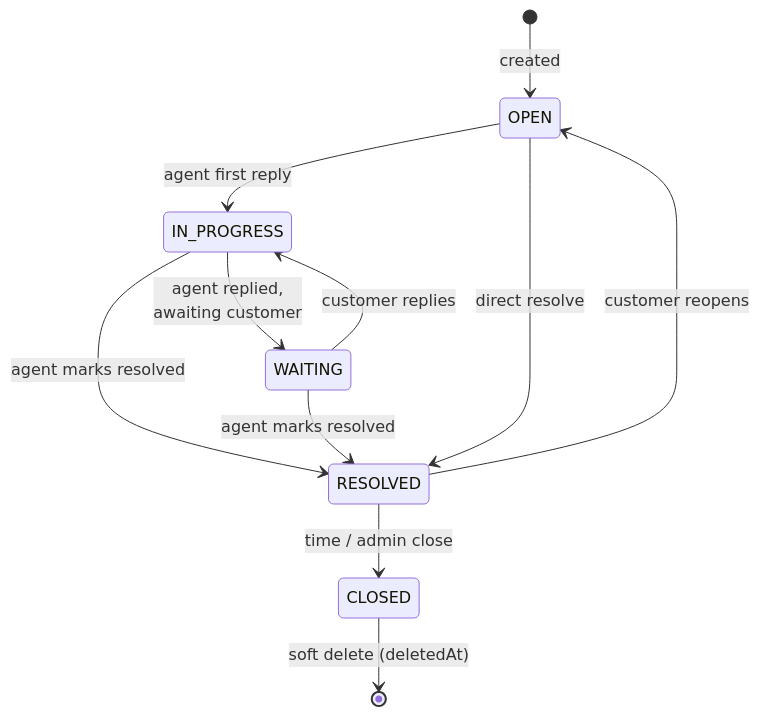
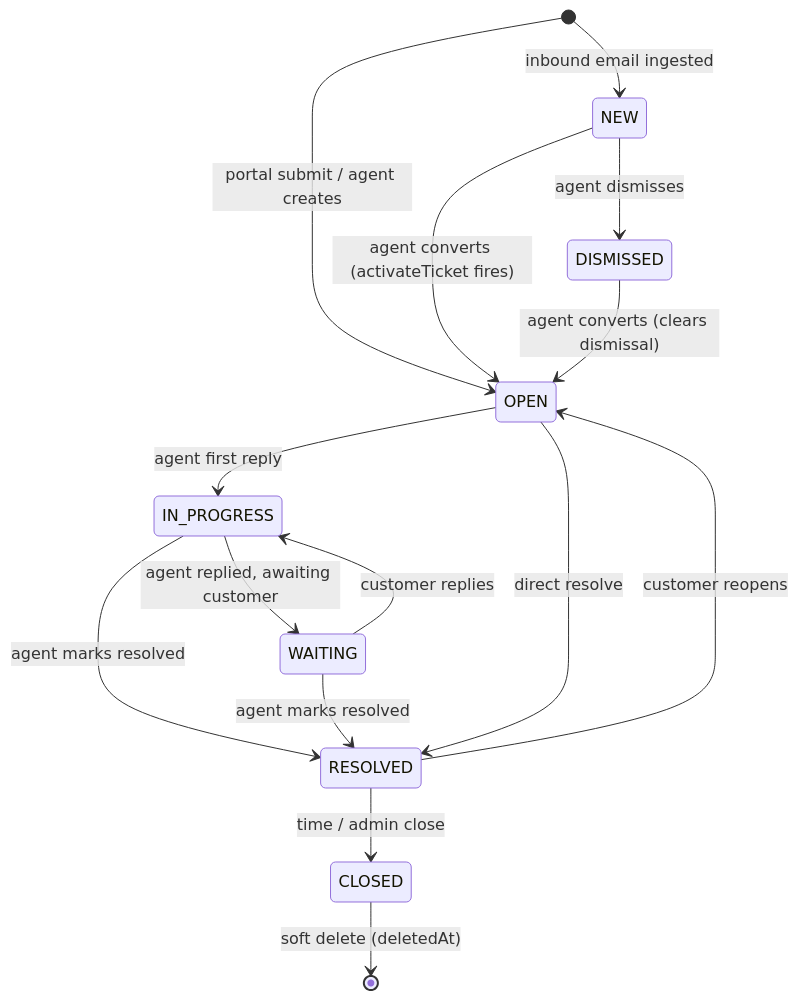
One commit to Vignesh-Siva96/tmr_athena changed the first of 2 diagrams in docs/atlas/tickets.md. Above: the diagram before and after it, drawn with Mermaid. The commit also changed other lines of this file and 164 other files, not shown here.

````diff
--- a/docs/atlas/tickets.md
+++ b/docs/atlas/tickets.md
@@ -26,13 +26,17 @@
 ```mermaid
 stateDiagram-v2
-  [*] --> OPEN: created
+  [*] --> NEW: inbound email ingested
+  [*] --> OPEN: portal submit / agent creates
+  NEW --> OPEN: agent converts (activateTicket fires)
+  NEW --> DISMISSED: agent dismisses
+  DISMISSED --> OPEN: agent converts (clears dismissal)
   OPEN --> IN_PROGRESS: agent first reply
-  IN_PROGRESS --> WAITING: agent replied,<br/>awaiting customer
+  IN_PROGRESS --> WAITING: agent replied, awaiting customer
   WAITING --> IN_PROGRESS: customer replies
   IN_PROGRESS --> RESOLVED: agent marks resolved
   WAITING --> RESOLVED: agent marks resolved
   OPEN --> RESOLVED: direct resolve
   RESOLVED --> OPEN: customer reopens
   RESOLVED --> CLOSED: time / admin close
   CLOSED --> [*]: soft delete (deletedAt)
 ```
````
